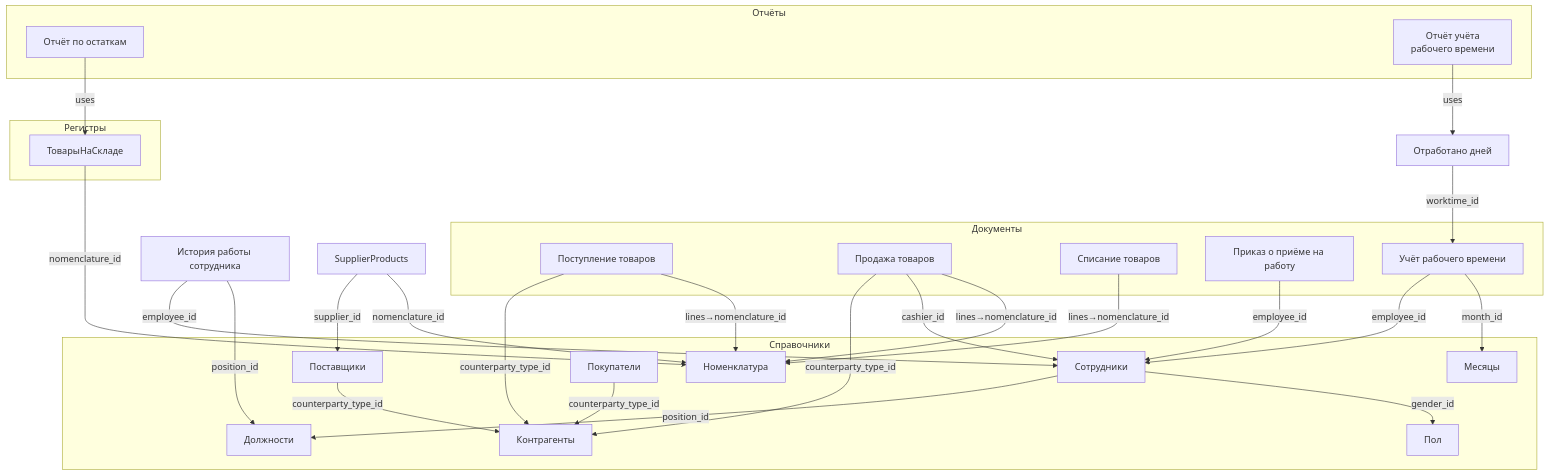
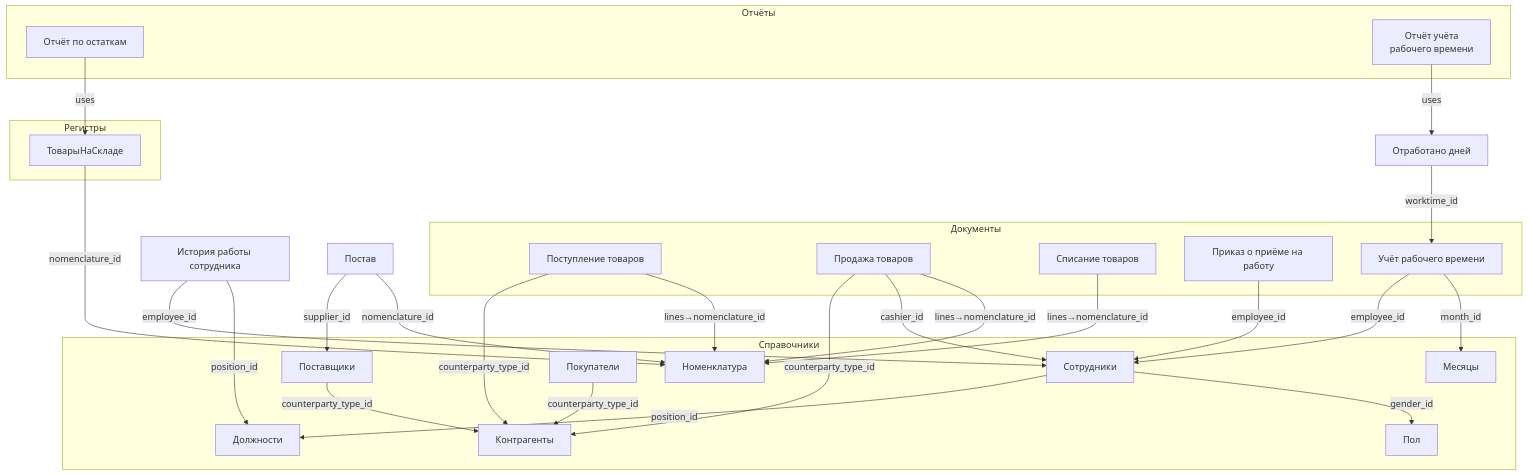
One commit to LAVEREXE/iodraw-files changed the diagram in all/Untitled.md. Above: the diagram before and after it, drawn with Mermaid.

Commit message:
2025-04-29 19:24:26 update

````diff
--- a/all/Untitled.md
+++ b/all/Untitled.md
@@ -1,68 +1,68 @@
 ```mermaid
 graph TD
   %% Подграфы для группировки
   subgraph Справочники
     Emp["Сотрудники"]
     Nom["Номенклатура"]
     Sup["Поставщики"]
     Buy["Покупатели"]
     Pos["Должности"]
     Gen["Пол"]
     Ctp["Контрагенты"]
     Mon["Месяцы"]
   end
 
   subgraph Документы
     GR["Поступление товаров"]
     GS["Продажа товаров"]
     GW["Списание товаров"]
     HO["Приказ о приёме на работу"]
     WT["Учёт рабочего времени"]
   end
 
   subgraph Регистры
     WP["ТоварыНаСкладе"]
   end
 
   subgraph Отчёты
     SR["Отчёт по остаткам"]
     WTR["Отчёт учёта\nрабочего времени"]
   end
 
   %% Связи внутри справочников
   Emp -->|position_id| Pos
   Emp -->|gender_id| Gen
   EmpWork["История работы сотрудника"] -->|employee_id| Emp
   EmpWork -->|position_id| Pos
 
-  SupProd["SupplierProducts"] -->|supplier_id| Sup
+  SupProd["Постав"] -->|supplier_id| Sup
   SupProd -->|nomenclature_id| Nom
 
   %% Связи документов со справочниками
   GR -->|counterparty_type_id| Ctp
   GR -->|lines→nomenclature_id| Nom
 
   GS -->|counterparty_type_id| Ctp
   GS -->|cashier_id| Emp
   GS -->|lines→nomenclature_id| Nom
 
   GW -->|lines→nomenclature_id| Nom
 
   HO -->|employee_id| Emp
 
   WT -->|employee_id| Emp
   WT -->|month_id| Mon
   WTDay["Отработано дней"] -->|worktime_id| WT
 
   %% Связи регистра накопления
   WP -->|nomenclature_id| Nom
 
   %% Связи отчётов
   SR -->|uses| WP
   WTR -->|uses| WTDay
 
   %% Дополнительные связи (опционально)
   Sup -->|counterparty_type_id| Ctp
   Buy -->|counterparty_type_id| Ctp
 
 ```
````
